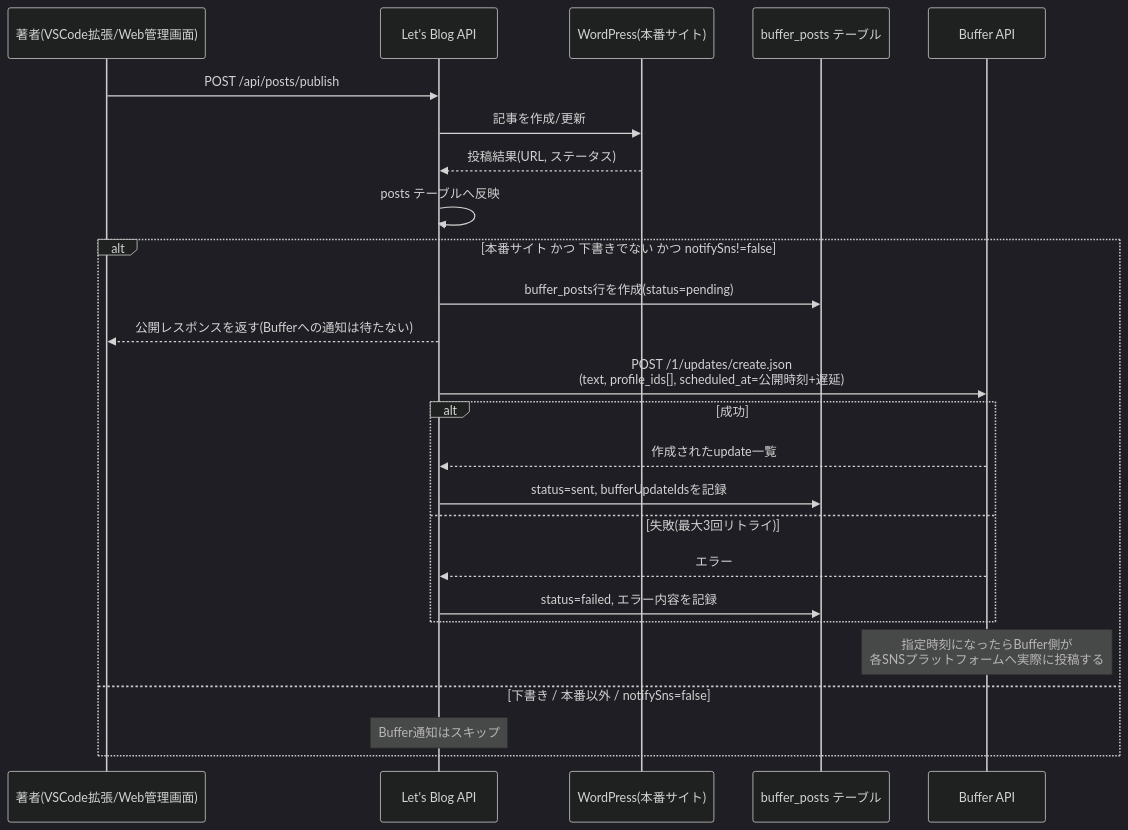
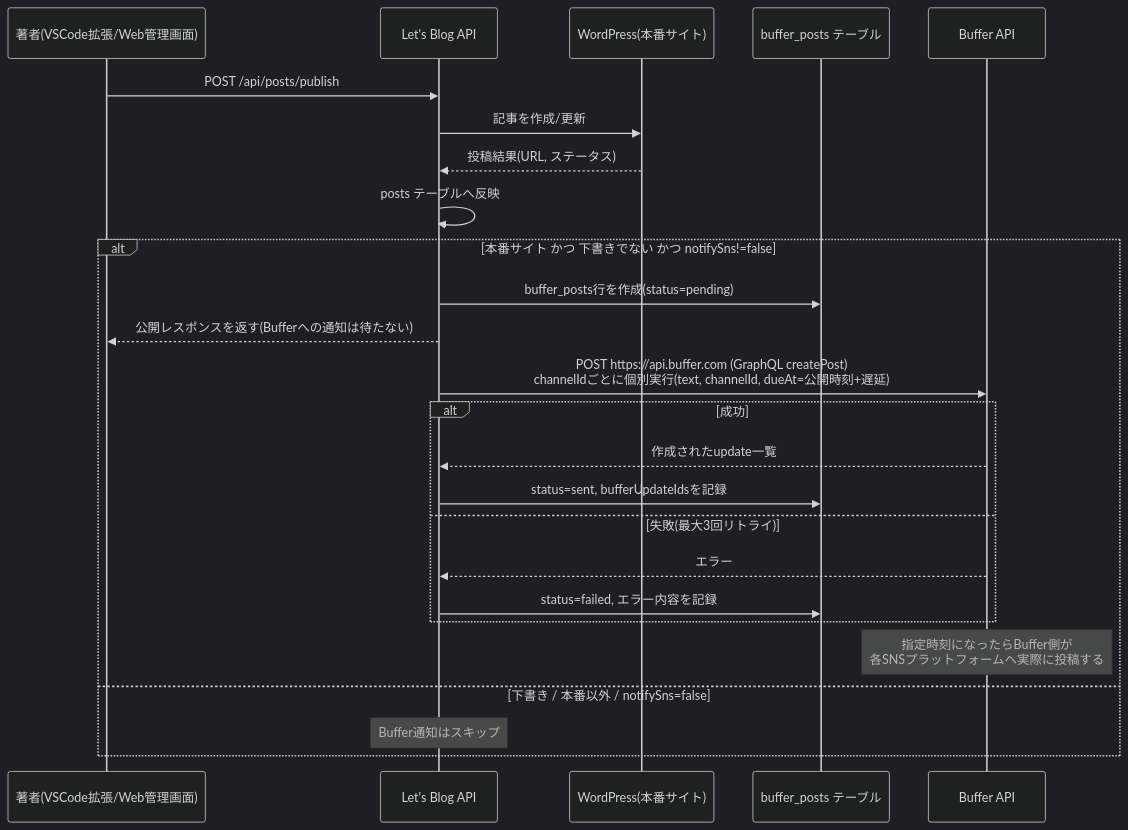
The diagram in docs/BUFFER_SNS_INTEGRATION.md (tonoccho/lets_blog_server), drawn with Mermaid (dark theme) before and after one commit. The commit also changed other lines of this file and 4 other files, not shown here.

````diff
--- a/docs/BUFFER_SNS_INTEGRATION.md
+++ b/docs/BUFFER_SNS_INTEGRATION.md
@@ -8,29 +13,29 @@
 ```mermaid
 sequenceDiagram
     participant Author as 著者(VSCode拡張/Web管理画面)
     participant API as Let's Blog API
     participant WP as WordPress(本番サイト)
     participant DB as buffer_posts テーブル
     participant Buffer as Buffer API
 
     Author->>API: POST /api/posts/publish
     API->>WP: 記事を作成/更新
     WP-->>API: 投稿結果(URL, ステータス)
     API->>API: posts テーブルへ反映
 
     alt 本番サイト かつ 下書きでない かつ notifySns!=false
         API->>DB: buffer_posts行を作成(status=pending)
         API-->>Author: 公開レスポンスを返す(Bufferへの通知は待たない)
-        API->>Buffer: POST /1/updates/create.json<br/>(text, profile_ids[], scheduled_at=公開時刻+遅延)
+        API->>Buffer: POST https://api.buffer.com (GraphQL createPost)<br/>channelIdごとに個別実行(text, channelId, dueAt=公開時刻+遅延)
         alt 成功
             Buffer-->>API: 作成されたupdate一覧
             API->>DB: status=sent, bufferUpdateIdsを記録
         else 失敗(最大3回リトライ)
             Buffer-->>API: エラー
             API->>DB: status=failed, エラー内容を記録
         end
         Note over Buffer: 指定時刻になったらBuffer側が<br/>各SNSプラットフォームへ実際に投稿する
     else 下書き / 本番以外 / notifySns=false
         Note over API: Buffer通知はスキップ
     end
 ```
````
